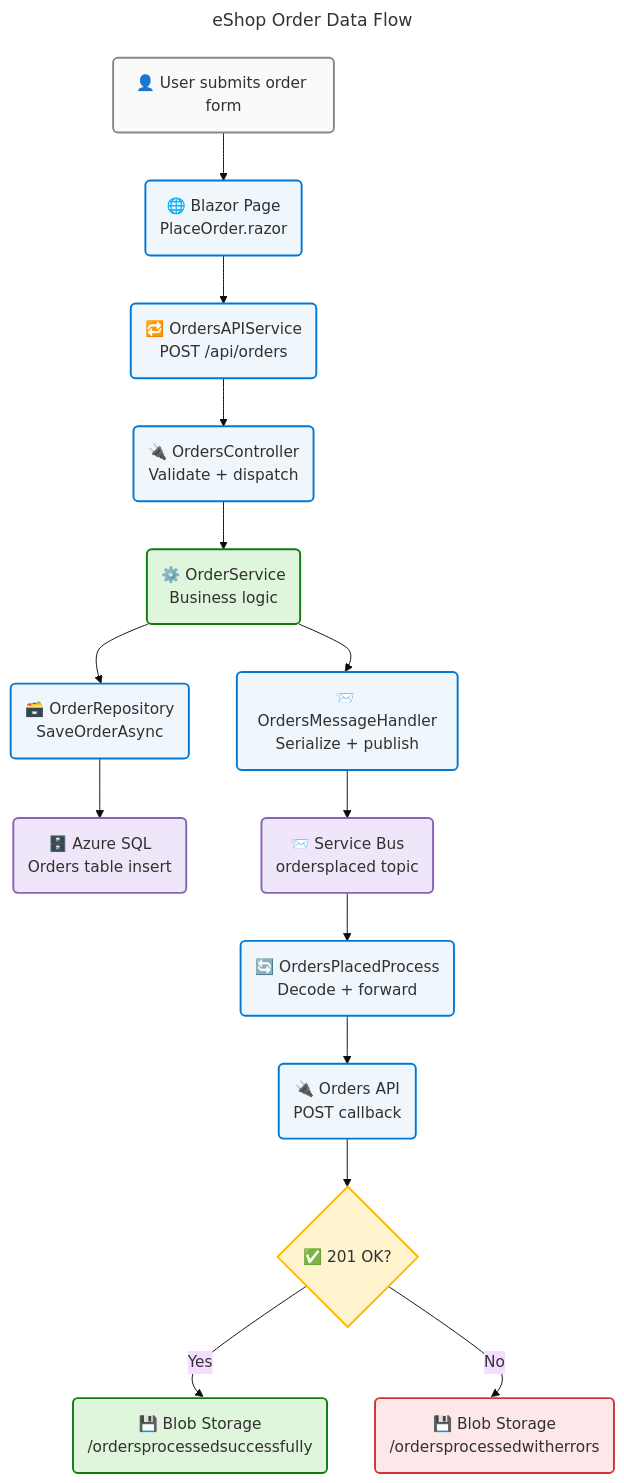
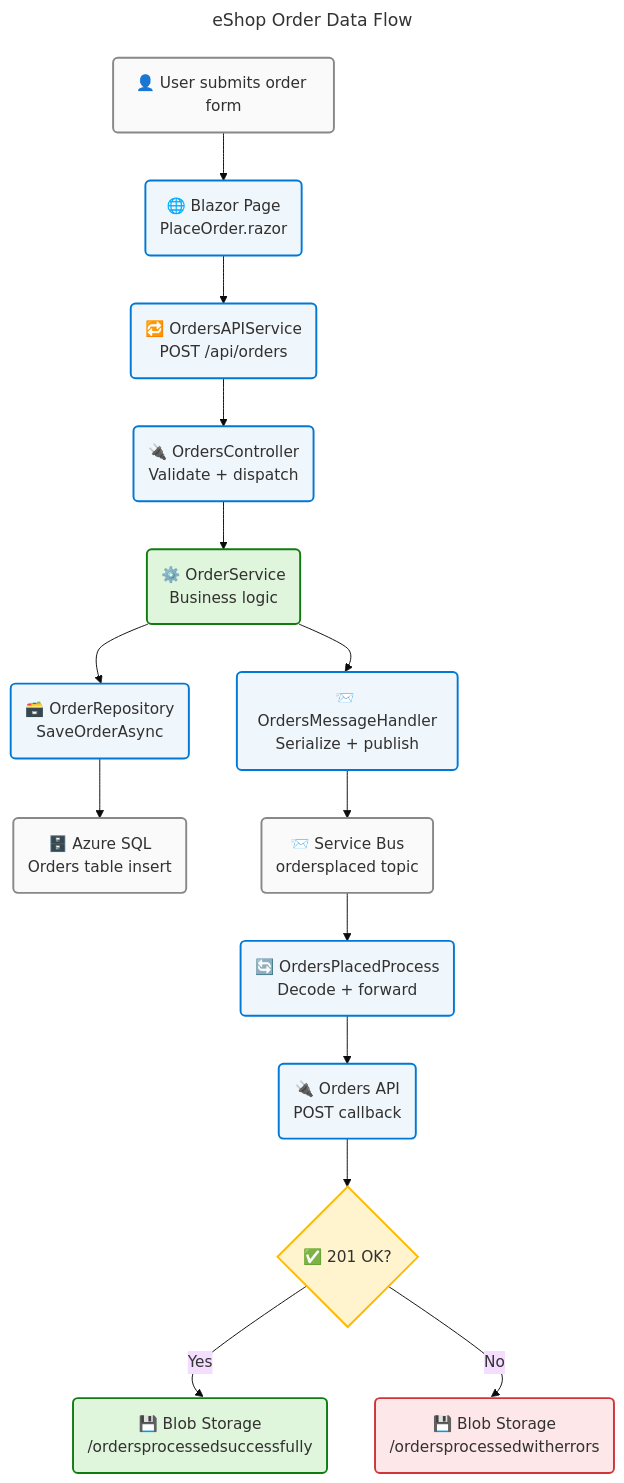
One commit to Evilazaro/Azure-LogicApps-Monitoring changed the eighth of 9 diagrams in docs/architecture/application-architecture.md. Above: the diagram before and after it, drawn with Mermaid. The commit also changed other lines of this file, not shown here.

Commit message:
style: Update class definitions in architecture diagrams to use 'neutral' for data elements

````diff
--- a/docs/architecture/application-architecture.md
+++ b/docs/architecture/application-architecture.md
@@ -1845,56 +1843,55 @@
 ```mermaid
 ---
 title: eShop Order Data Flow
 config:
   theme: base
   look: classic
   layout: dagre
   themeVariables:
     fontSize: '16px'
   flowchart:
     htmlLabels: true
     curve: cardinal
 ---
 flowchart TD
     accTitle: eShop Order Data Flow Diagram
     accDescr: End-to-end data flow from order placement through persistence, event publishing, workflow processing, and archival. WCAG AA compliant.
 
     %% ═══════════════════════════════════════════════════════════════════════════
     %% AZURE / FLUENT ARCHITECTURE PATTERN v1.1
     %% (Semantic + Structural + Font + Accessibility Governance)
     %% ═══════════════════════════════════════════════════════════════════════════
     %% PHASE 1 - FLUENT UI: All styling uses approved Fluent UI palette only
     %% PHASE 2 - GROUPS: Every subgraph has semantic color via style directive
     %% PHASE 3 - COMPONENTS: Every node has semantic classDef + icon prefix
     %% PHASE 4 - ACCESSIBILITY: accTitle/accDescr present, WCAG AA contrast
     %% PHASE 5 - STANDARD: Governance block present, classDefs centralized
     %% ═══════════════════════════════════════════════════════════════════════════
 
     A("👤 User submits order form"):::neutral
     B("🌐 Blazor Page<br>PlaceOrder.razor"):::core
     C("🔁 OrdersAPIService<br>POST /api/orders"):::core
     D("🔌 OrdersController<br>Validate + dispatch"):::core
     E("⚙️ OrderService<br>Business logic"):::success
     F("🗃️ OrderRepository<br>SaveOrderAsync"):::core
-    G("🗄️ Azure SQL<br>Orders table insert"):::data
+    G("🗄️ Azure SQL<br>Orders table insert"):::neutral
     H("📨 OrdersMessageHandler<br>Serialize + publish"):::core
-    I("📨 Service Bus<br>ordersplaced topic"):::data
+    I("📨 Service Bus<br>ordersplaced topic"):::neutral
     J("🔄 OrdersPlacedProcess<br>Decode + forward"):::core
     K("🔌 Orders API<br>POST callback"):::core
     L{"✅ 201 OK?"}:::warning
     M("💾 Blob Storage<br>/ordersprocessedsuccessfully"):::success
     N("💾 Blob Storage<br>/ordersprocessedwitherrors"):::danger
 
     A --> B --> C --> D --> E --> F --> G
     E --> H --> I --> J --> K --> L
     L -->|"Yes"| M
     L -->|"No"| N
 
     %% Centralized classDefs
     classDef neutral fill:#FAFAFA,stroke:#8A8886,stroke-width:2px,color:#323130
     classDef core fill:#EFF6FC,stroke:#0078D4,stroke-width:2px,color:#323130
-    classDef data fill:#F0E6FA,stroke:#8764B8,stroke-width:2px,color:#323130
     classDef success fill:#DFF6DD,stroke:#107C10,stroke-width:2px,color:#323130
     classDef warning fill:#FFF4CE,stroke:#FFB900,stroke-width:2px,color:#323130
     classDef danger fill:#FDE7E9,stroke:#D13438,stroke-width:2px,color:#323130
 ```
````
